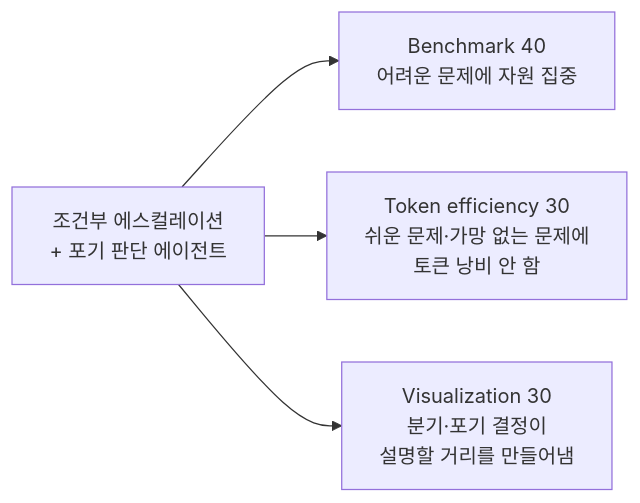
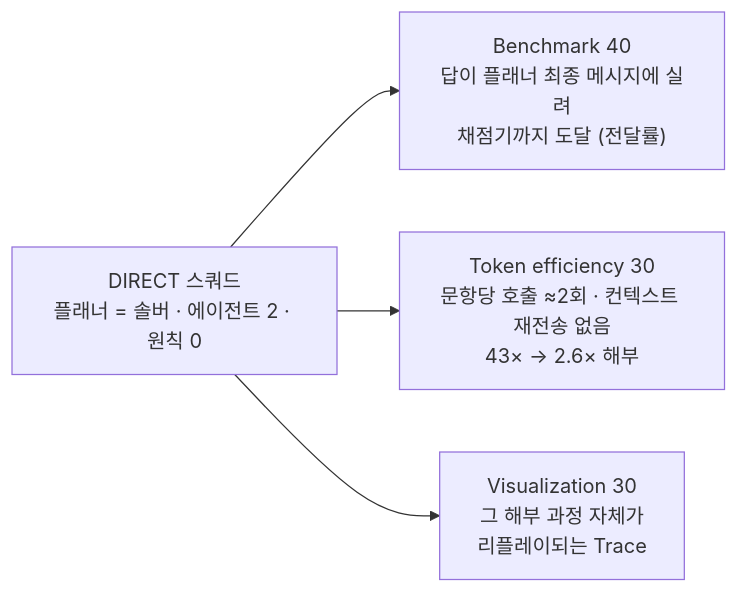
The third of 3 diagrams in content/track-scoring.md (jsonpassion/cp), drawn with Mermaid before and after one commit. The commit also changed other lines of this file and 32 other files, not shown here.

````diff
--- a/content/track-scoring.md
+++ b/content/track-scoring.md
@@ -102,6 +95,6 @@
 ```mermaid
 flowchart LR
-    D["조건부 에스컬레이션<br/>+ 포기 판단 에이전트"] --> B["Benchmark 40<br/>어려운 문제에 자원 집중"]
-    D --> T["Token efficiency 30<br/>쉬운 문제·가망 없는 문제에<br/>토큰 낭비 안 함"]
-    D --> V["Visualization 30<br/>분기·포기 결정이<br/>설명할 거리를 만들어냄"]
+    D["DIRECT 스쿼드<br/>플래너 = 솔버 · 에이전트 2 · 원칙 0"] --> B["Benchmark 40<br/>답이 플래너 최종 메시지에 실려<br/>채점기까지 도달 (전달률)"]
+    D --> T["Token efficiency 30<br/>문항당 호출 ≈2회 · 컨텍스트 재전송 없음<br/>43× → 2.6× 해부"]
+    D --> V["Visualization 30<br/>그 해부 과정 자체가<br/>리플레이되는 Trace"]
 ```
````
